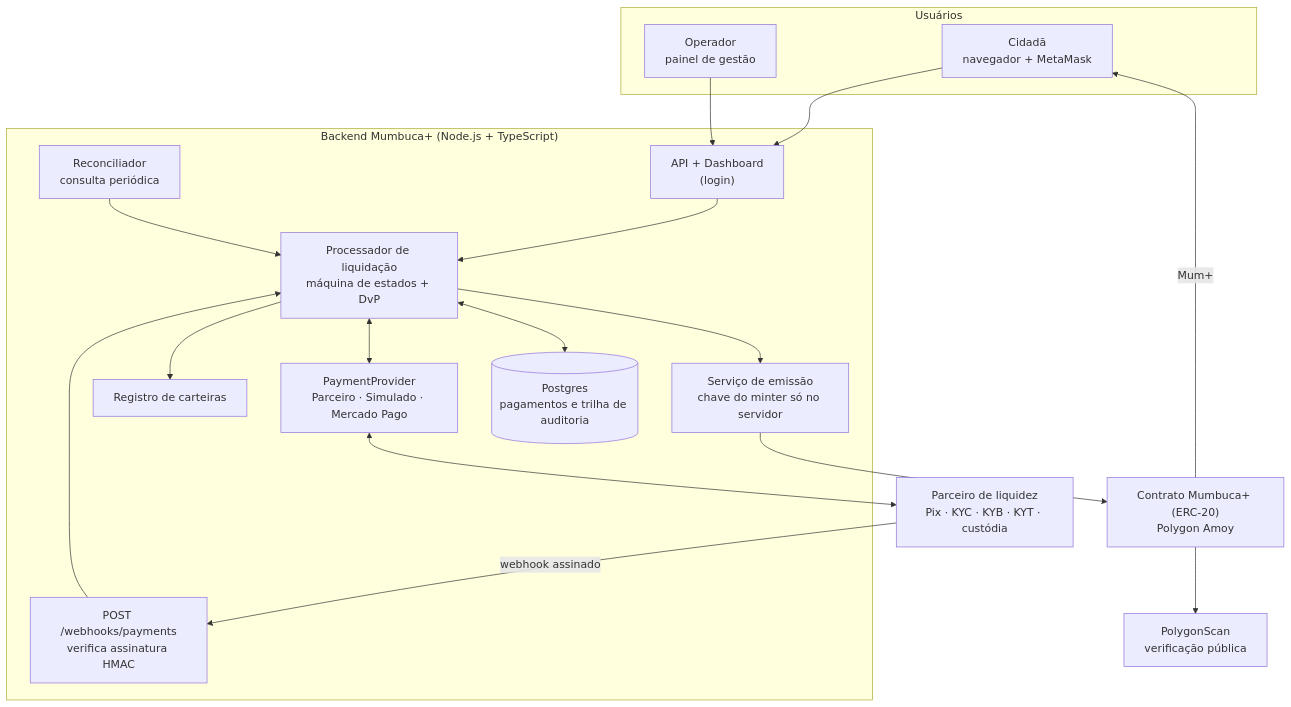
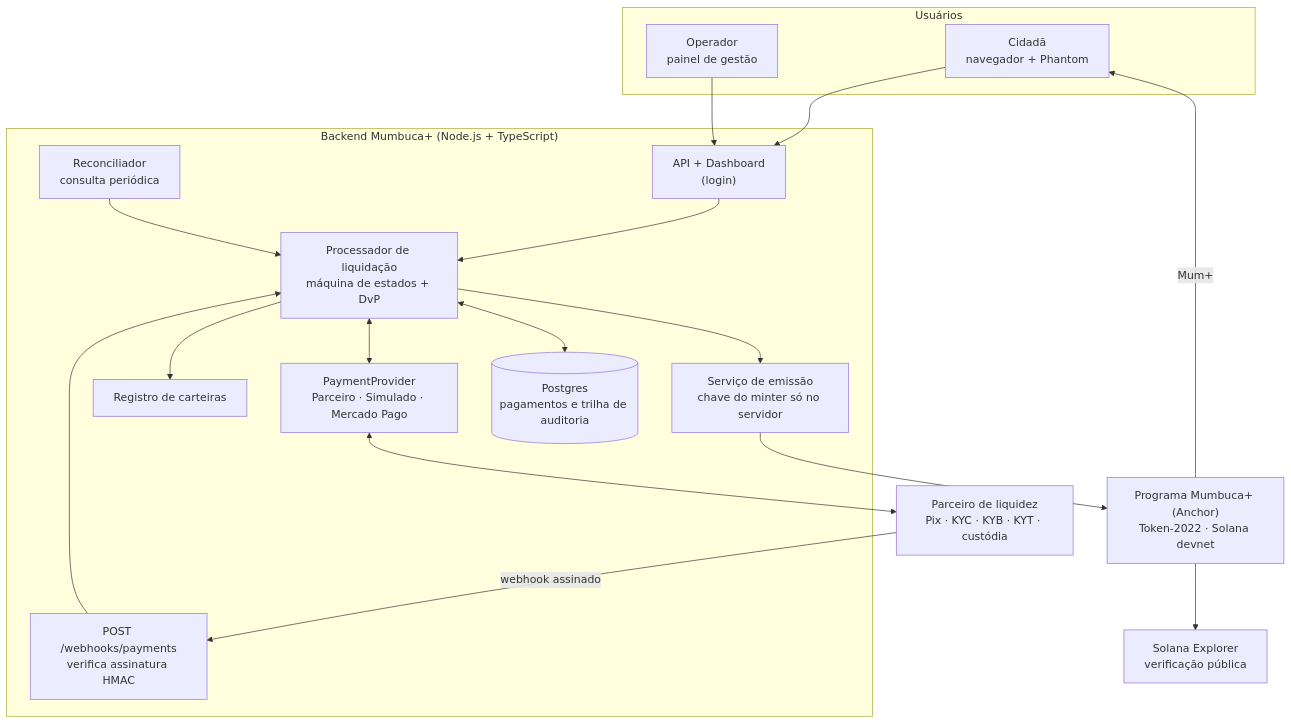
One commit to Peragus01/Mumbuca-plus changed the second of 4 diagrams in README.md. Above: the diagram before and after it, drawn with Mermaid. The commit also changed other lines of this file and 1 other file, not shown here.

Commit message:
docs: switch READMEs from Polygon to Solana (Anchor program, Token-2022, PDA receipts)

````diff
--- a/README.md
+++ b/README.md
@@ -163,34 +163,34 @@
 ```mermaid
 flowchart TB
     subgraph Usuarios["Usuários"]
-        C["Cidadã<br/>navegador + MetaMask"]
+        C["Cidadã<br/>navegador + Phantom"]
         O["Operador<br/>painel de gestão"]
     end
 
     subgraph Backend["Backend Mumbuca+ (Node.js + TypeScript)"]
         API["API + Dashboard<br/>(login)"]
         WH["POST /webhooks/payments<br/>verifica assinatura HMAC"]
         PP["PaymentProvider<br/>Parceiro · Simulado · Mercado Pago"]
         PROC["Processador de liquidação<br/>máquina de estados + DvP"]
         REC["Reconciliador<br/>consulta periódica"]
         WR["Registro de carteiras"]
         MS["Serviço de emissão<br/>chave do minter só no servidor"]
         DB[("Postgres<br/>pagamentos e trilha de auditoria")]
     end
 
     LP["Parceiro de liquidez<br/>Pix · KYC · KYB · KYT · custódia"]
-    SC["Contrato Mumbuca+ (ERC-20)<br/>Polygon Amoy"]
-    EX["PolygonScan<br/>verificação pública"]
+    SC["Programa Mumbuca+ (Anchor)<br/>Token-2022 · Solana devnet"]
+    EX["Solana Explorer<br/>verificação pública"]
 
     C --> API
     O --> API
     API --> PROC
     LP -->|webhook assinado| WH --> PROC
     REC --> PROC
     PROC <--> PP <--> LP
     PROC --> WR
     PROC --> MS --> SC
     PROC <--> DB
     SC --> EX
     SC -->|Mum+| C
 ```
````
